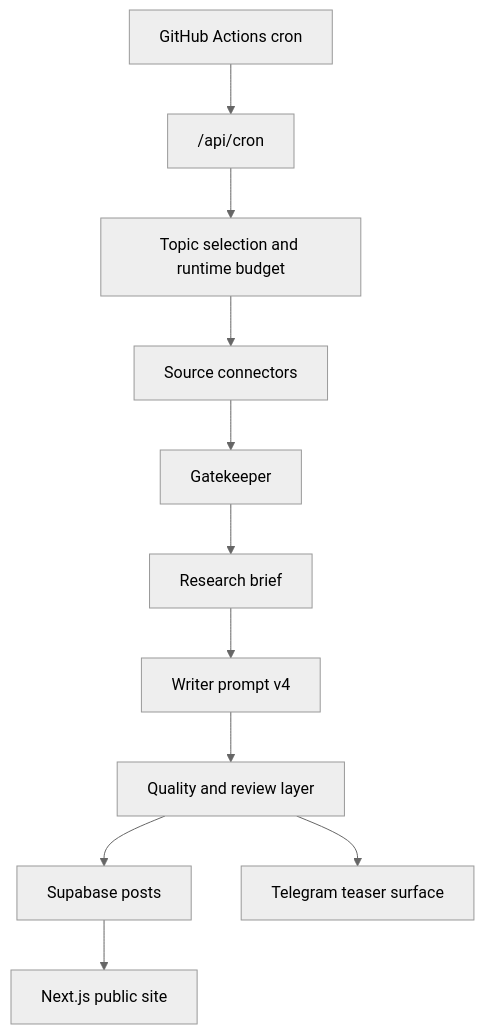
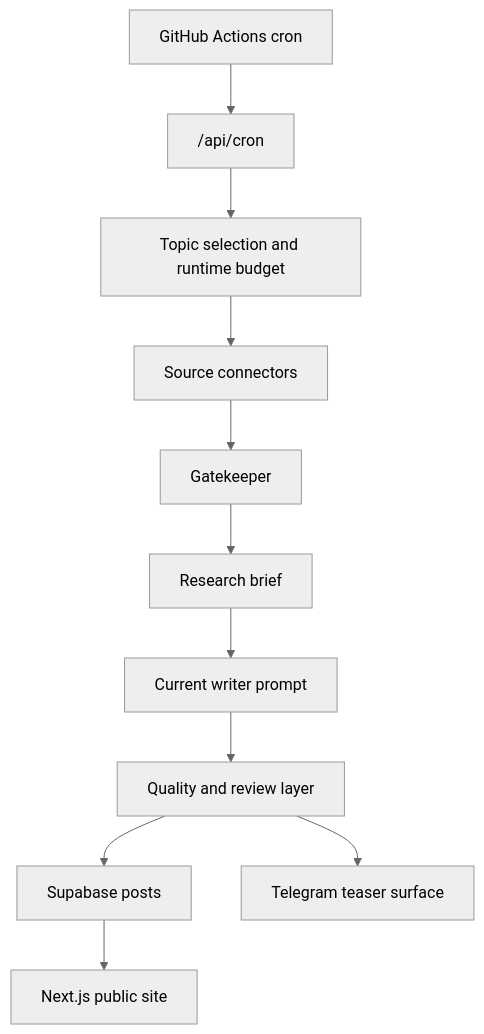
The diagram in README.md (AI-Nikitka93/AI_Blogersite), drawn with Mermaid (neutral theme) before and after one commit. The commit also changed other lines of this file and 21 other files, not shown here.

````diff
--- a/README.md
+++ b/README.md
@@ -88,13 +88,13 @@
 ```mermaid
 flowchart TD
     A["GitHub Actions cron"] --> B["/api/cron"]
     B --> C["Topic selection and runtime budget"]
     C --> D["Source connectors"]
     D --> E["Gatekeeper"]
     E --> F["Research brief"]
-    F --> G["Writer prompt v4"]
+    F --> G["Current writer prompt"]
     G --> H["Quality and review layer"]
     H --> I["Supabase posts"]
     I --> J["Next.js public site"]
     H --> K["Telegram teaser surface"]
 ```
````
